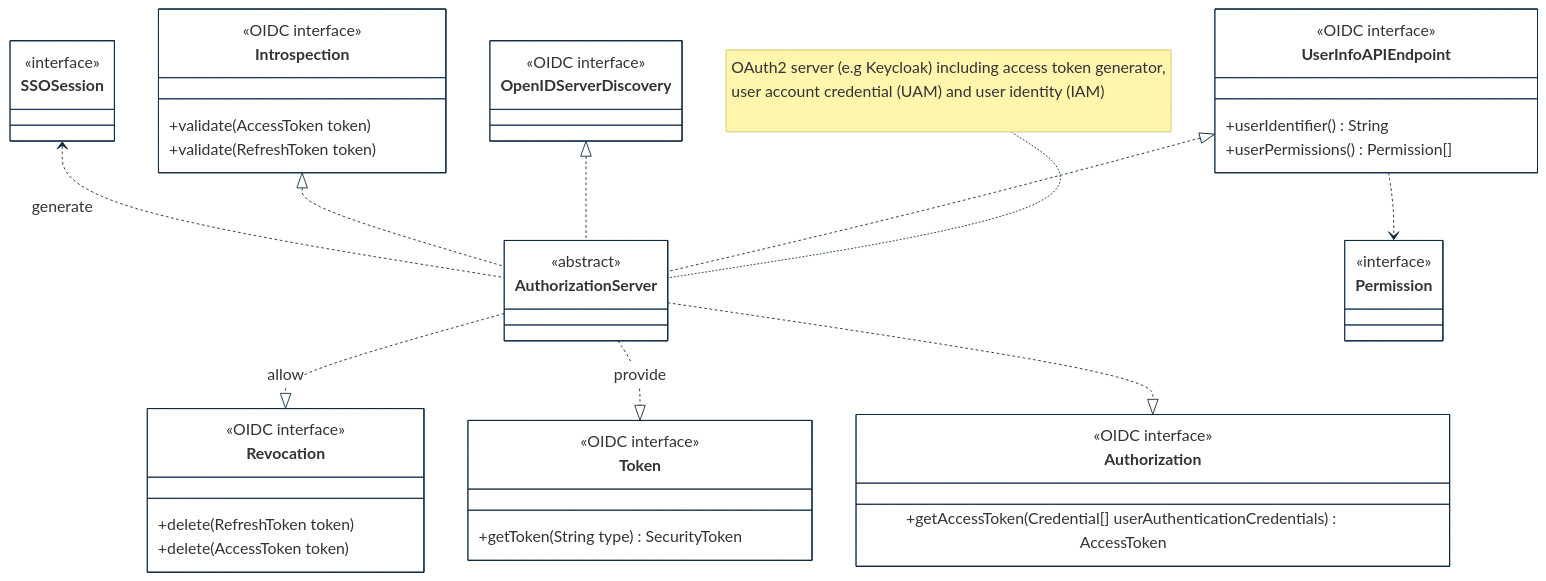
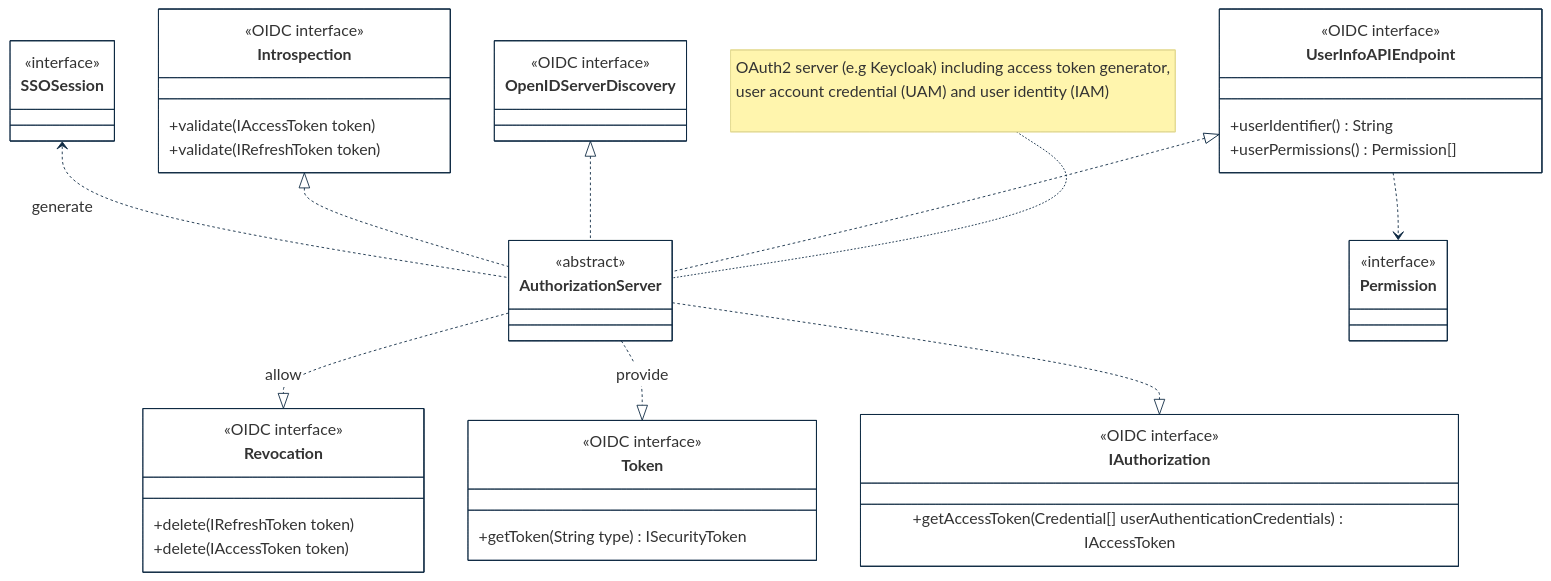
Before and after one commit to cybnity/domain-access-control: the fourth of 4 diagrams in docs/implementation-view/single-sign-on.md, drawn with Mermaid. The commit also changed other lines of this file and 11 other files, not shown here.

````diff
--- a/docs/implementation-view/single-sign-on.md
+++ b/docs/implementation-view/single-sign-on.md
@@ -207,70 +208,70 @@
 ```mermaid
 %%{
   init: {
     'theme': 'base',
     'themeVariables': {
         'background': '#ffffff',
         'fontFamily': 'arial',
         'fontSize': '18px',
         'primaryColor': '#fff',
         'primaryBorderColor': '#0e2a43',
         'secondaryBorderColor': '#0e2a43',
         'tertiaryBorderColor': '#0e2a43',
         'edgeLabelBackground':'#0e2a43',
         'lineColor': '#0e2a43',
         'tertiaryColor': '#fff'
     },
     'sequence': {
 		'mirrorActors': false
     }
   }
 }%%
 
 classDiagram
   note for AuthorizationServer "OAuth2 server (e.g Keycloak) including access token generator,<br>user account credential (UAM) and user identity (IAM)<br><br>"
   AuthorizationServer ..|> Revocation : allow
   AuthorizationServer ..|> Token : provide
   UserInfoAPIEndpoint <|.. AuthorizationServer
-  AuthorizationServer ..|> Authorization
+  AuthorizationServer ..|> IAuthorization
   OpenIDServerDiscovery <|.. AuthorizationServer
   Introspection <|.. AuthorizationServer
   UserInfoAPIEndpoint ..> Permission
   SSOSession <.. AuthorizationServer : generate
 
   class AuthorizationServer {
 	<<abstract>>
   }
   class Revocation {
 	<<OIDC interface>>
-	+delete(RefreshToken token)
-	+delete(AccessToken token)
+	+delete(IRefreshToken token)
+	+delete(IAccessToken token)
   }
   class Token {
 	<<OIDC interface>>
-	+getToken(String type) SecurityToken
+	+getToken(String type) ISecurityToken
   }
   class OpenIDServerDiscovery {
 	<<OIDC interface>>
   }
   class Introspection {
 	<<OIDC interface>>
-	+validate(AccessToken token)
-	+validate(RefreshToken token)
+	+validate(IAccessToken token)
+	+validate(IRefreshToken token)
   }
   class UserInfoAPIEndpoint {
 	<<OIDC interface>>
 	+userIdentifier() String
 	+userPermissions() Permission[]
   }
   class Permission {
 	<<interface>>
   }
-  class Authorization {
+  class IAuthorization {
 	<<OIDC interface>>
-	+getAccessToken(Credential[] userAuthenticationCredentials) AccessToken
+	+getAccessToken(Credential[] userAuthenticationCredentials) IAccessToken
   }
   class SSOSession {
 	<<interface>>
   }
 
 ```
````
